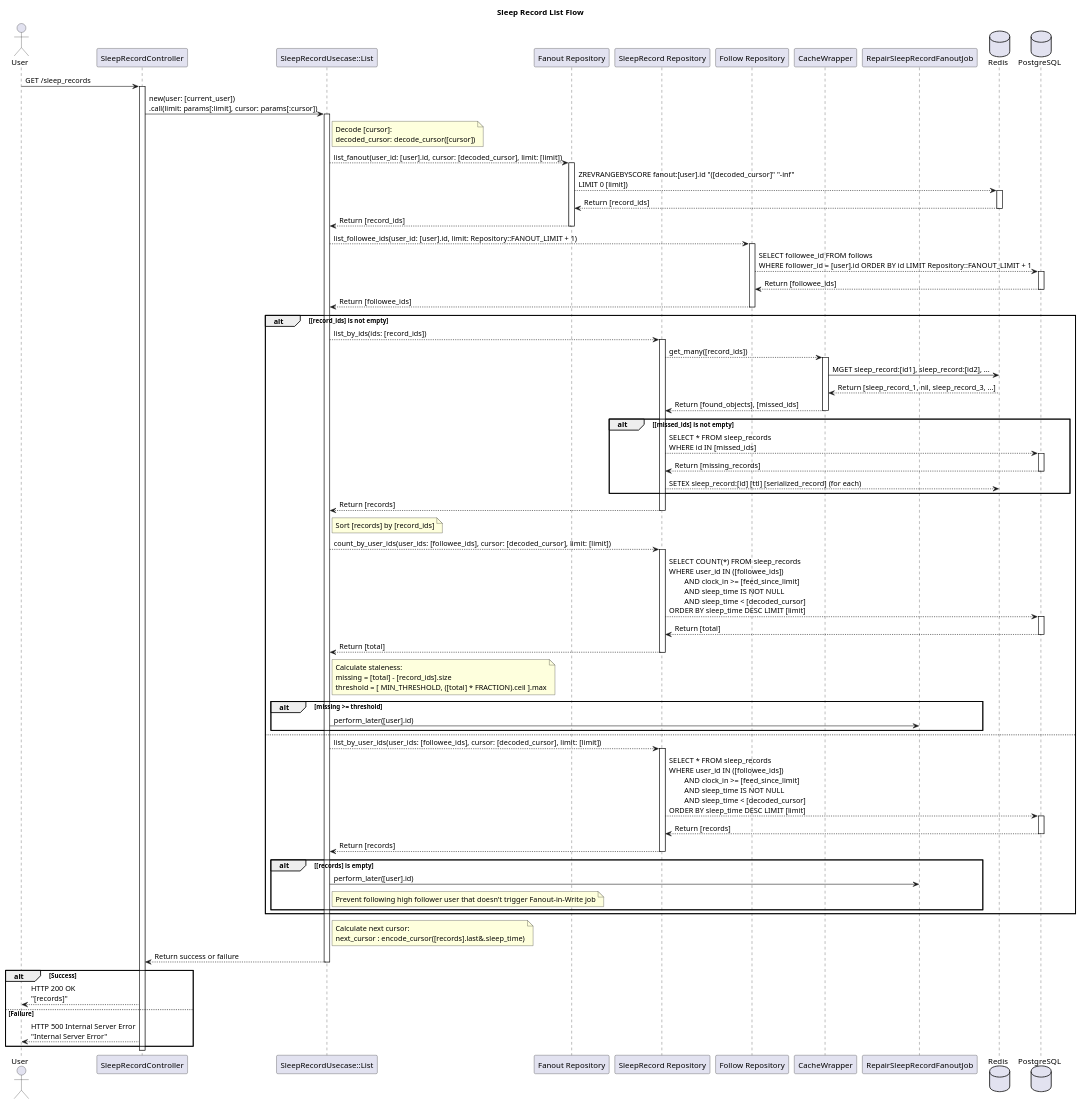
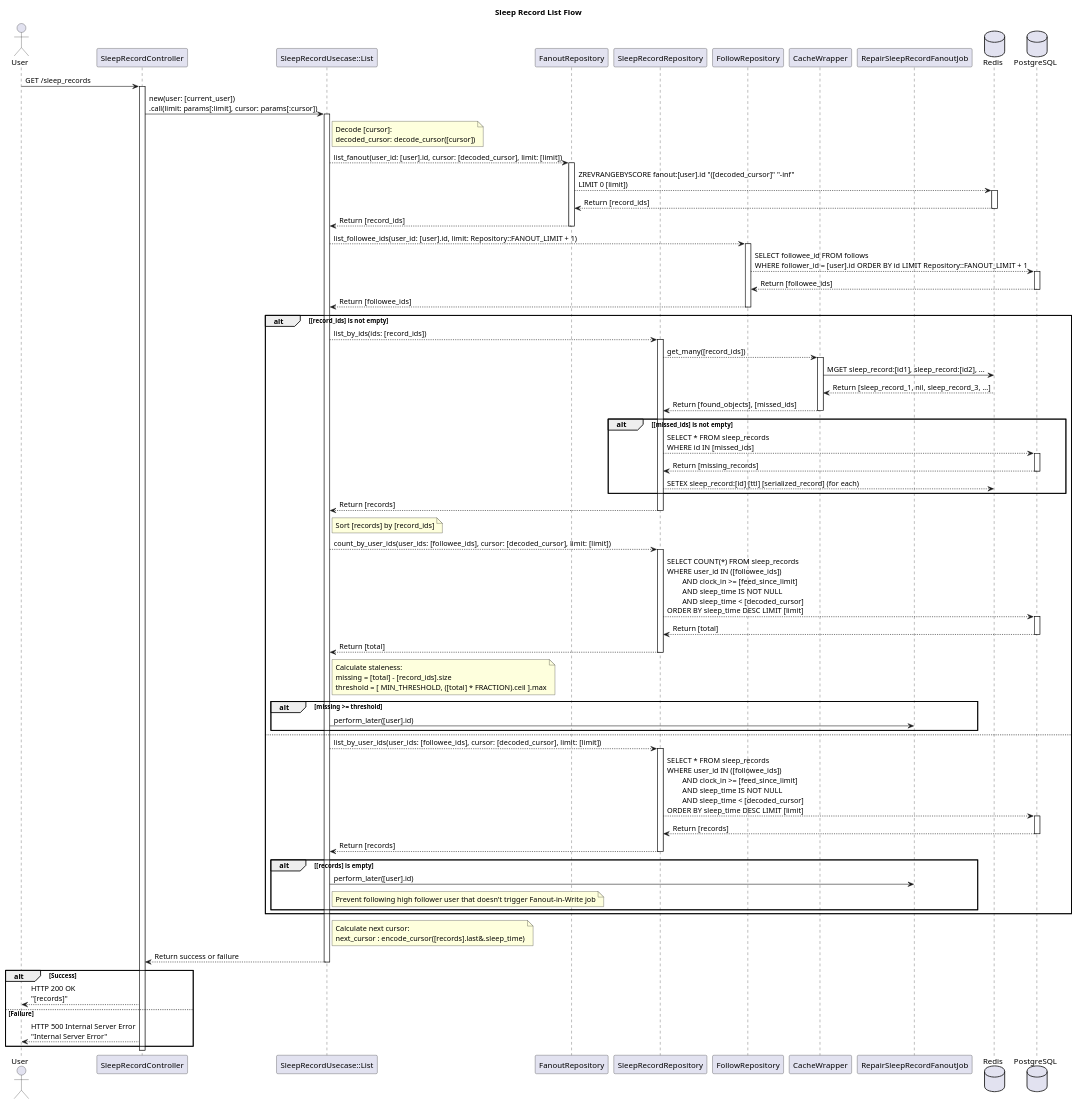
One commit to wisnuaga/good-night changed the diagram in docs/diagrams/SleepRecordListFlow.plantuml. Above: the diagram before and after it, drawn with PlantUML. The commit also changed 4 other files, not shown here.

Commit message:
Fix inconsistencies on diagram naming

```diff
--- a/docs/diagrams/SleepRecordListFlow.plantuml
+++ b/docs/diagrams/SleepRecordListFlow.plantuml
@@ -1,122 +1,122 @@
 @startuml SleepRecordListFlow
 title Sleep Record List Flow
 
 actor User
 participant "SleepRecordController" as Controller
 participant "SleepRecordUsecase::List" as Usecase
-participant "Fanout Repository" as FanoutRepository
-participant "SleepRecord Repository" as SleepRecordRepository
-participant "Follow Repository" as FollowRepository
+participant "FanoutRepository" as FanoutRepository
+participant "SleepRecordRepository" as SleepRecordRepository
+participant "FollowRepository" as FollowRepository
 participant "CacheWrapper" as CacheWrapper
 participant "RepairSleepRecordFanoutJob" as Job
 database "Redis" as Cache
 database "PostgreSQL" as DB
 
 User -> Controller: GET /sleep_records
 activate Controller
 
 Controller -> Usecase: new(user: [current_user])\n.call(limit: params[:limit], cursor: params[:cursor])
 activate Usecase
 
 ' Sort records
 note right of Usecase
     Decode [cursor]:
     decoded_cursor: decode_cursor([cursor])
 end note
 
 Usecase --> FanoutRepository: list_fanout(user_id: [user].id, cursor: [decoded_cursor], limit: [limit])
 activate FanoutRepository
 FanoutRepository --> Cache: ZREVRANGEBYSCORE fanout:[user].id "([decoded_cursor]" "-inf"\nLIMIT 0 [limit])
 activate Cache
 Cache --> FanoutRepository: Return [record_ids]
 deactivate Cache
 FanoutRepository --> Usecase: Return [record_ids]
 deactivate FanoutRepository
 
 Usecase --> FollowRepository: list_followee_ids(user_id: [user].id, limit: Repository::FANOUT_LIMIT + 1)
 activate FollowRepository
 FollowRepository --> DB: SELECT followee_id FROM follows \nWHERE follower_id = [user].id ORDER BY id LIMIT Repository::FANOUT_LIMIT + 1
 activate DB
 DB --> FollowRepository: Return [followee_ids]
 deactivate DB
 FollowRepository --> Usecase: Return [followee_ids]
 deactivate FollowRepository
 
 alt [record_ids] is not empty
     ' List by IDs
     Usecase --> SleepRecordRepository: list_by_ids(ids: [record_ids])
     activate SleepRecordRepository
     SleepRecordRepository --> CacheWrapper: get_many([record_ids])
     activate CacheWrapper
     CacheWrapper -> Cache: MGET sleep_record:[id1], sleep_record:[id2], ...
     Cache --> CacheWrapper: Return [sleep_record_1, nil, sleep_record_3, ...]
     CacheWrapper --> SleepRecordRepository: Return [found_objects], [missed_ids]
     deactivate CacheWrapper
     
     alt [missed_ids] is not empty
         SleepRecordRepository --> DB: SELECT * FROM sleep_records\nWHERE id IN [missed_ids]
         activate DB
         DB --> SleepRecordRepository: Return [missing_records]
         deactivate DB
         SleepRecordRepository --> Cache: SETEX sleep_record:[id] [ttl] [serialized_record] (for each)
     end
 
     SleepRecordRepository --> Usecase: Return [records]
     deactivate SleepRecordRepository
 
     ' Sort records
     note right of Usecase
         Sort [records] by [record_ids]
     end note
 
     ' Check record staleness
     Usecase --> SleepRecordRepository: count_by_user_ids(user_ids: [followee_ids], cursor: [decoded_cursor], limit: [limit])
     activate SleepRecordRepository
     SleepRecordRepository --> DB: SELECT COUNT(*) FROM sleep_records \nWHERE user_id IN ([followee_ids]) \n\tAND clock_in >= [feed_since_limit] \n\tAND sleep_time IS NOT NULL \n\tAND sleep_time < [decoded_cursor] \nORDER BY sleep_time DESC LIMIT [limit] 
     activate DB
     DB --> SleepRecordRepository: Return [total]
     deactivate DB
     SleepRecordRepository --> Usecase: Return [total]
     deactivate SleepRecordRepository
     note right of Usecase
         Calculate staleness:
         missing = [total] - [record_ids].size
         threshold = [ MIN_THRESHOLD, ([total] * FRACTION).ceil ].max
     end note
 
     alt missing >= threshold
         Usecase -> Job: perform_later([user].id)
     end
 else
     Usecase --> SleepRecordRepository: list_by_user_ids(user_ids: [followee_ids], cursor: [decoded_cursor], limit: [limit])
     activate SleepRecordRepository
     SleepRecordRepository --> DB: SELECT * FROM sleep_records \nWHERE user_id IN ([followee_ids]) \n\tAND clock_in >= [feed_since_limit] \n\tAND sleep_time IS NOT NULL \n\tAND sleep_time < [decoded_cursor] \nORDER BY sleep_time DESC LIMIT [limit] 
     activate DB
     DB --> SleepRecordRepository: Return [records]
     deactivate DB
     SleepRecordRepository --> Usecase: Return [records]
     deactivate SleepRecordRepository
 
     alt [records] is empty
         Usecase -> Job: perform_later([user].id)
         note right of Usecase
             Prevent following high follower user that doesn't trigger Fanout-in-Write job
         end note
     end
 end
 
 note right of Usecase
     Calculate next cursor:
     next_cursor : encode_cursor([records].last&.sleep_time)
 end note
 Usecase --> Controller: Return success or failure
 deactivate Usecase
 
 alt Success
     Controller --> User: HTTP 200 OK\n"[records]"
 else Failure
     Controller --> User: HTTP 500 Internal Server Error\n"Internal Server Error"
 end
 deactivate Controller
 
 @enduml
```
